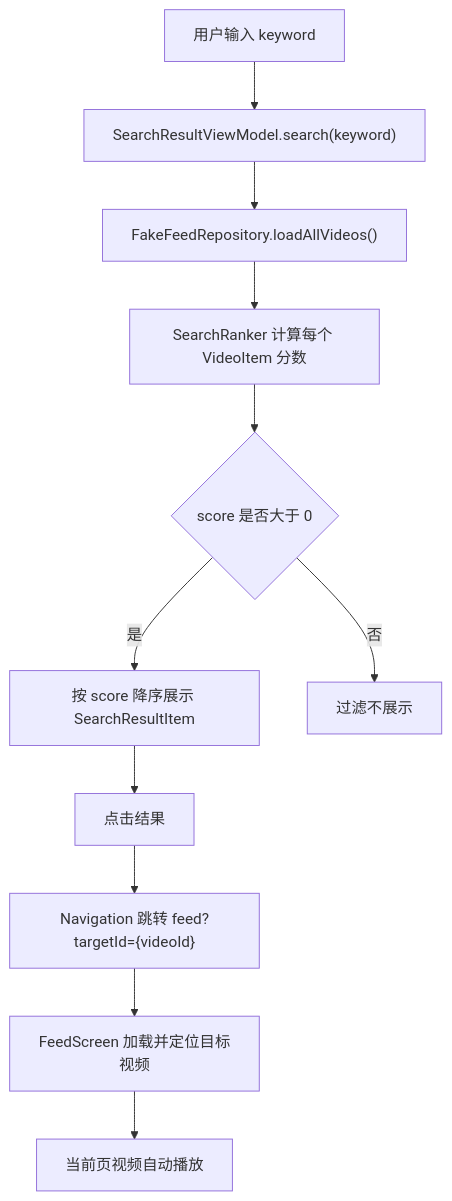
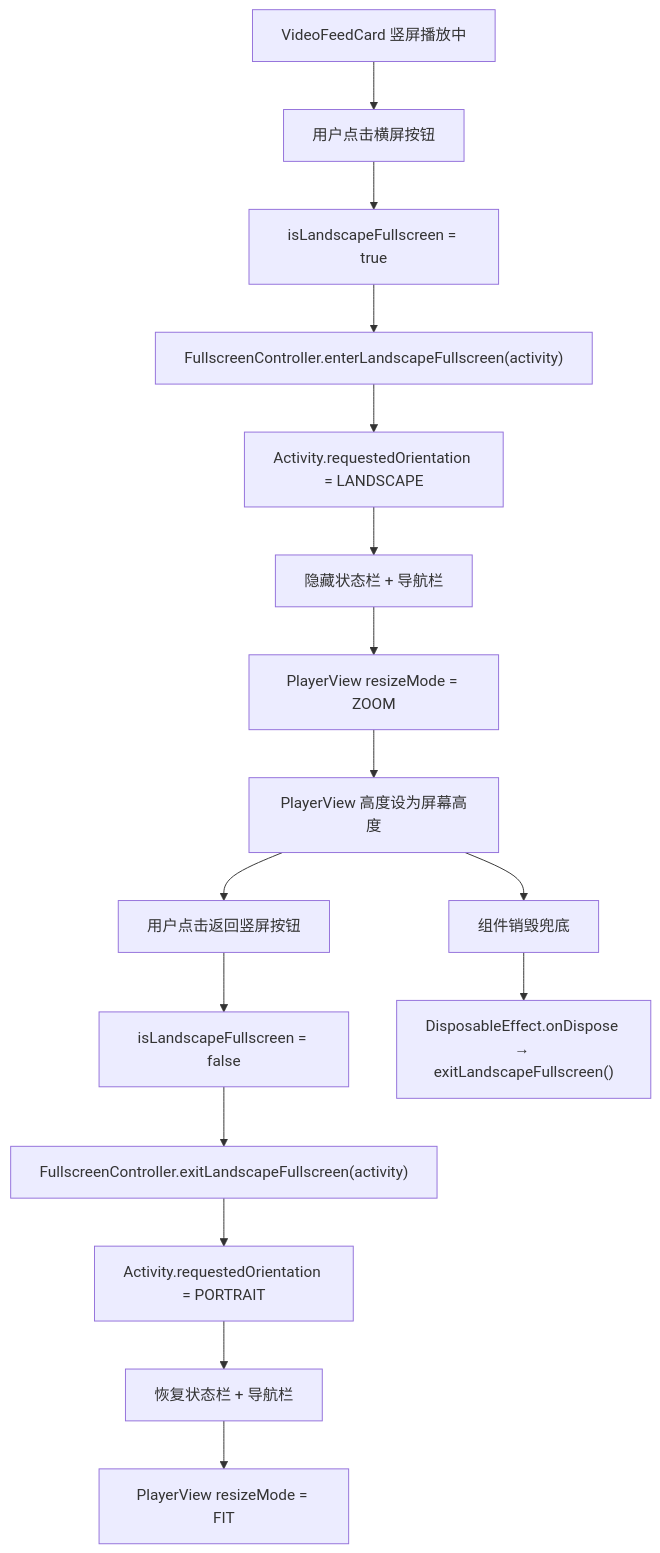
Before and after one commit to Tmilk123/Android: the eighth of 9 diagrams in docs/technical_design.md, drawn with Mermaid. The commit also changed other lines of this file and 2 other files, not shown here.

````diff
--- a/docs/technical_design.md
+++ b/docs/technical_design.md
@@ -378,13 +659,20 @@
 ```mermaid
 flowchart TD
-    A["用户输入 keyword"] --> B["SearchResultViewModel.search(keyword)"]
-    B --> C["FakeFeedRepository.loadAllVideos()"]
-    C --> D["SearchRanker 计算每个 VideoItem 分数"]
-    D --> E{"score 是否大于 0"}
-    E -- "是" --> F["按 score 降序展示 SearchResultItem"]
-    E -- "否" --> G["过滤不展示"]
-    F --> H["点击结果"]
-    H --> I["Navigation 跳转 feed?targetId={videoId}"]
-    I --> J["FeedScreen 加载并定位目标视频"]
-    J --> K["当前页视频自动播放"]
+    A["VideoFeedCard 竖屏播放中"] --> B["用户点击横屏按钮"]
+    B --> C["isLandscapeFullscreen = true"]
+    C --> D["FullscreenController.enterLandscapeFullscreen(activity)"]
+    D --> E["Activity.requestedOrientation = LANDSCAPE"]
+    E --> F["隐藏状态栏 + 导航栏"]
+    F --> G["PlayerView resizeMode = ZOOM"]
+    G --> H["PlayerView 高度设为屏幕高度"]
+
+    H --> I["用户点击返回竖屏按钮"]
+    I --> J["isLandscapeFullscreen = false"]
+    J --> K["FullscreenController.exitLandscapeFullscreen(activity)"]
+    K --> L["Activity.requestedOrientation = PORTRAIT"]
+    L --> M["恢复状态栏 + 导航栏"]
+    M --> N["PlayerView resizeMode = FIT"]
+
+    H --> O["组件销毁兜底"]
+    O --> P["DisposableEffect.onDispose → exitLandscapeFullscreen()"]
 ```
````
